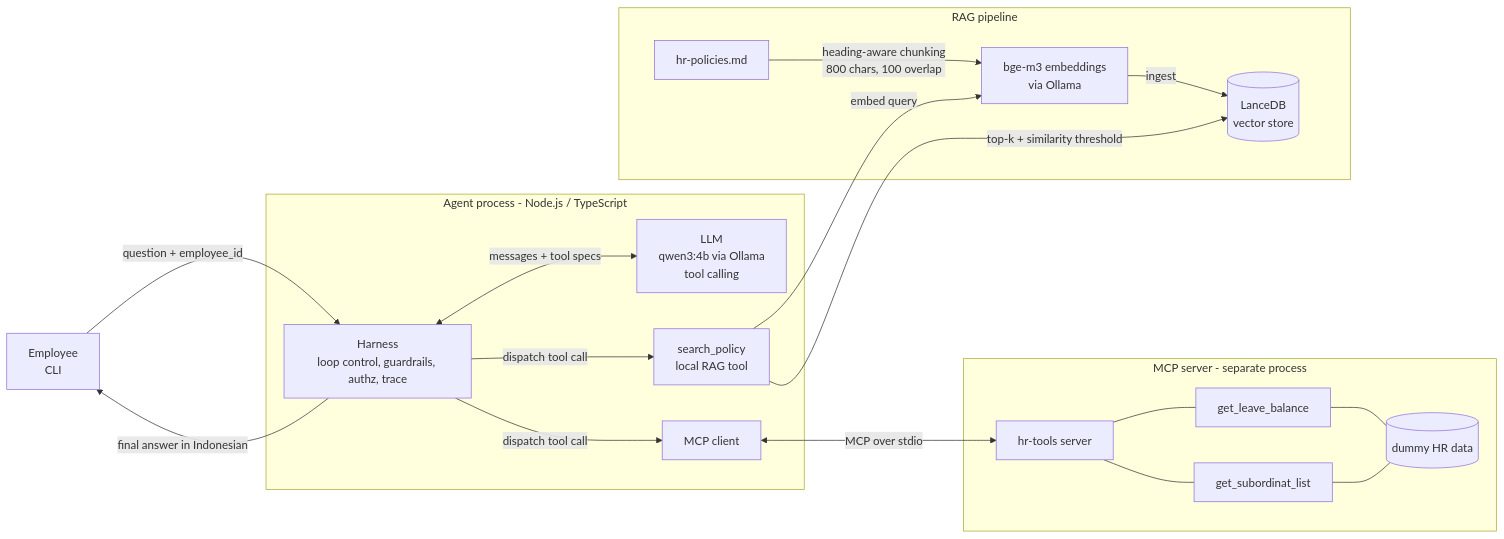
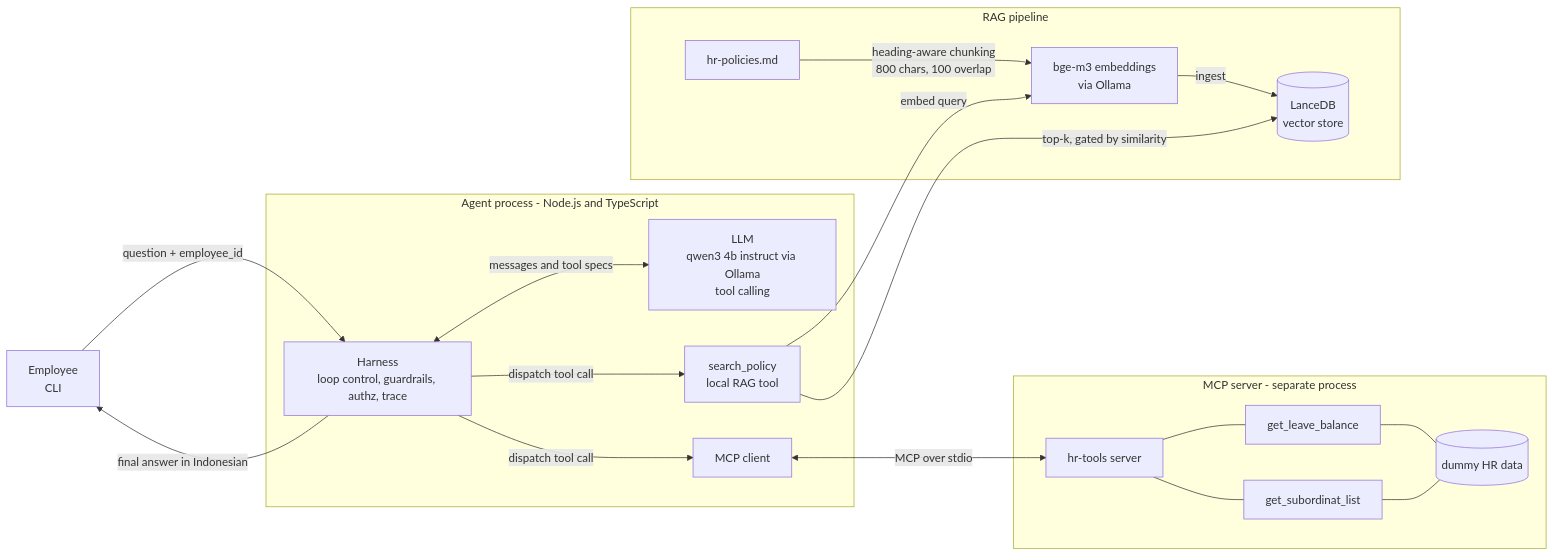
Before and after one commit to AP-143/hr-assistant-agent: the diagram in README.md, drawn with Mermaid. The commit also changed other lines of this file and 3 other files, not shown here.

````diff
--- a/README.md
+++ b/README.md
@@ -34,35 +62,35 @@
 ```mermaid
 flowchart LR
     U[Employee<br/>CLI] -->|question + employee_id| H
 
-    subgraph AGENT[Agent process - Node.js / TypeScript]
+    subgraph AGENT[Agent process - Node.js and TypeScript]
         H[Harness<br/>loop control, guardrails, authz, trace]
-        L[LLM<br/>qwen3:4b via Ollama<br/>tool calling]
+        L[LLM<br/>qwen3 4b instruct via Ollama<br/>tool calling]
         S[search_policy<br/>local RAG tool]
         C[MCP client]
-        H <-->|messages + tool specs| L
+        H <-->|messages and tool specs| L
         H -->|dispatch tool call| S
         H -->|dispatch tool call| C
     end
 
     subgraph RAG[RAG pipeline]
         E[bge-m3 embeddings<br/>via Ollama]
         V[(LanceDB<br/>vector store)]
         D[hr-policies.md] -->|heading-aware chunking<br/>800 chars, 100 overlap| E
         E -->|ingest| V
         S -->|embed query| E
-        S -->|top-k + similarity threshold| V
+        S -->|top-k, gated by similarity| V
     end
 
     C <-->|MCP over stdio| M
 
     subgraph MCPS[MCP server - separate process]
         M[hr-tools server]
         M --- T1[get_leave_balance]
         M --- T2[get_subordinat_list]
         T1 --- DB[(dummy HR data)]
         T2 --- DB
     end
 
     H -->|final answer in Indonesian| U
 ```
````
